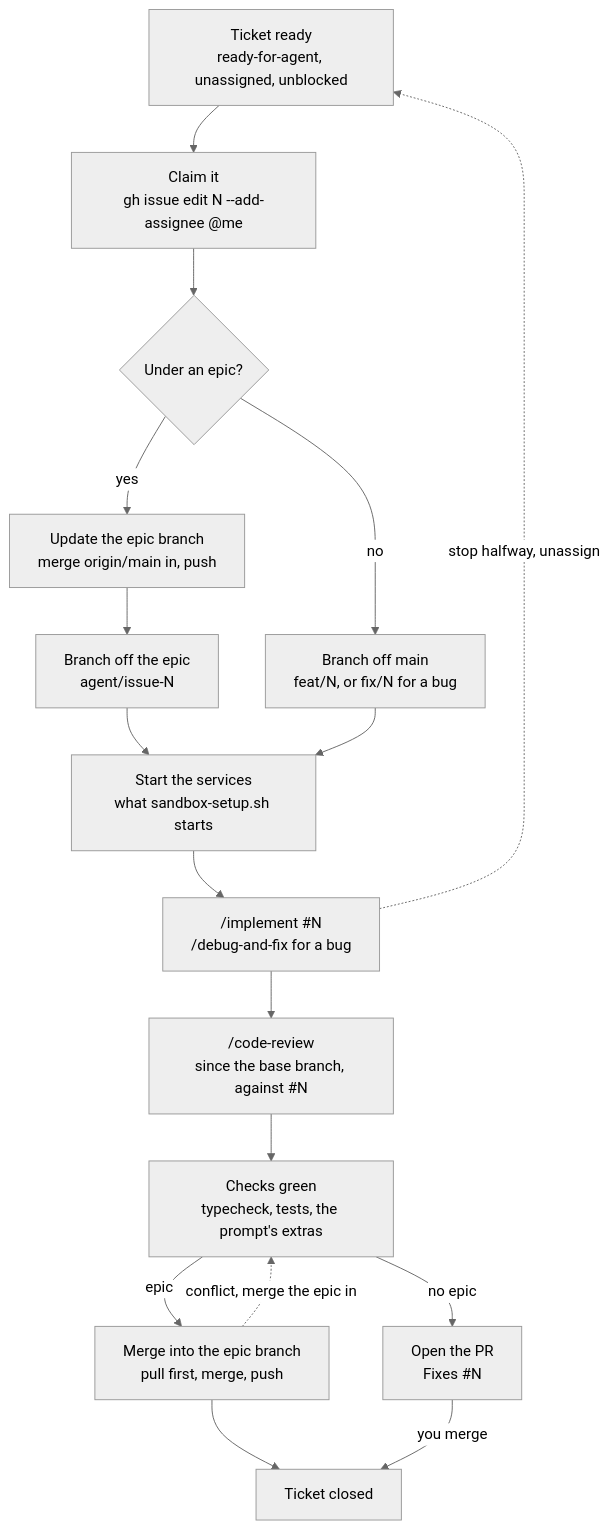
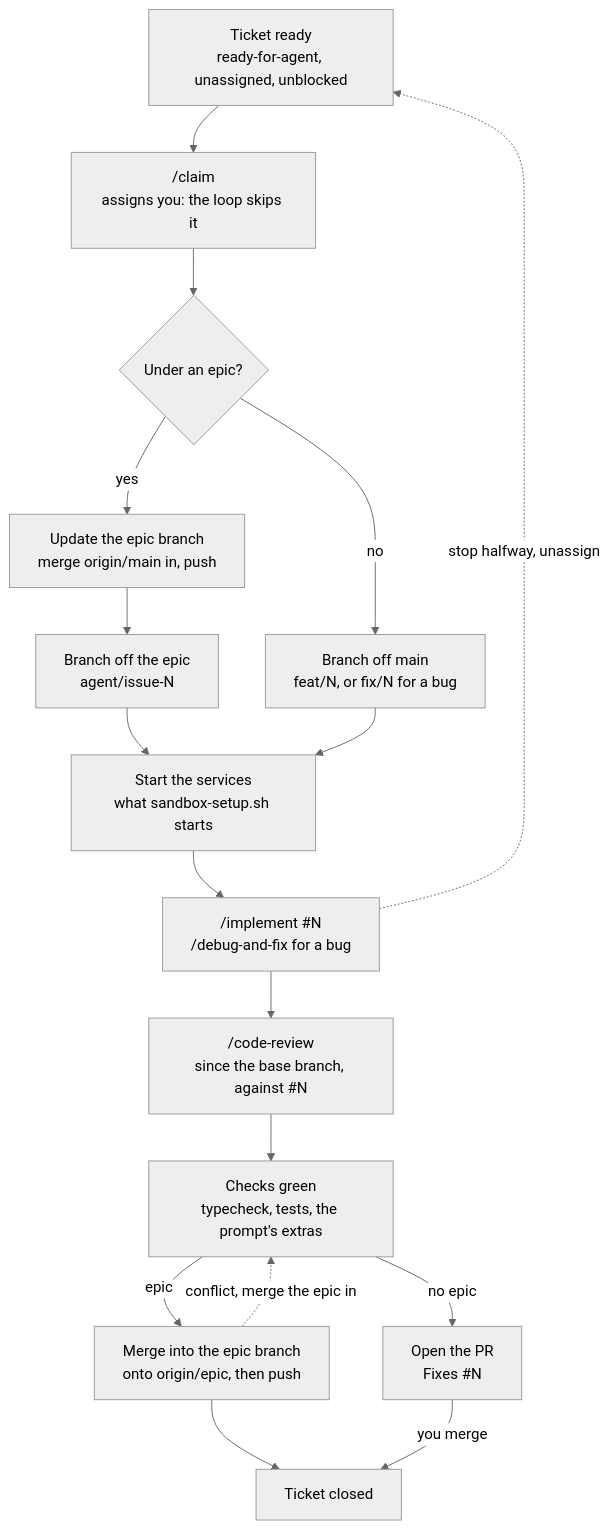
One commit to imick-io/skills changed the diagram in docs/build-a-ticket-yourself.md. Above: the diagram before and after it, drawn with Mermaid (neutral theme). The commit also changed other lines of this file and 8 other files, not shown here.

First line of the commit message:
Add /claim: take a ticket to build yourself, branched like the loop (#49)

````diff
--- a/docs/build-a-ticket-yourself.md
+++ b/docs/build-a-ticket-yourself.md
@@ -18,19 +18,19 @@
 ```mermaid
 flowchart TD
-  R["Ticket ready<br/>ready-for-agent, unassigned, unblocked"] --> C["Claim it<br/>gh issue edit N --add-assignee @me"]
+  R["Ticket ready<br/>ready-for-agent, unassigned, unblocked"] --> C["/claim<br/>assigns you: the loop skips it"]
   C --> Q{Under an epic?}
   Q -->|yes| U["Update the epic branch<br/>merge origin/main in, push"]
   U --> BE["Branch off the epic<br/>agent/issue-N"]
   Q -->|no| BM["Branch off main<br/>feat/N, or fix/N for a bug"]
   BE --> S["Start the services<br/>what sandbox-setup.sh starts"]
   BM --> S
   S --> I["/implement #N<br/>/debug-and-fix for a bug"]
   I --> CR["/code-review<br/>since the base branch, against #N"]
   CR --> K["Checks green<br/>typecheck, tests, the prompt's extras"]
-  K -->|epic| ME["Merge into the epic branch<br/>pull first, merge, push"]
+  K -->|epic| ME["Merge into the epic branch<br/>onto origin/epic, then push"]
   K -->|no epic| PR["Open the PR<br/>Fixes #N"]
   ME --> X["Ticket closed"]
   PR -->|you merge| X
   ME -.->|conflict, merge the epic in| K
   I -.->|stop halfway, unassign| R
 ```
````
